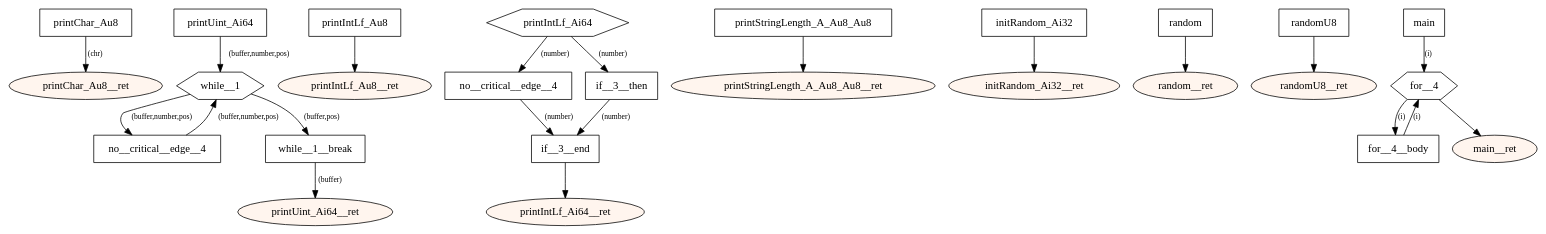
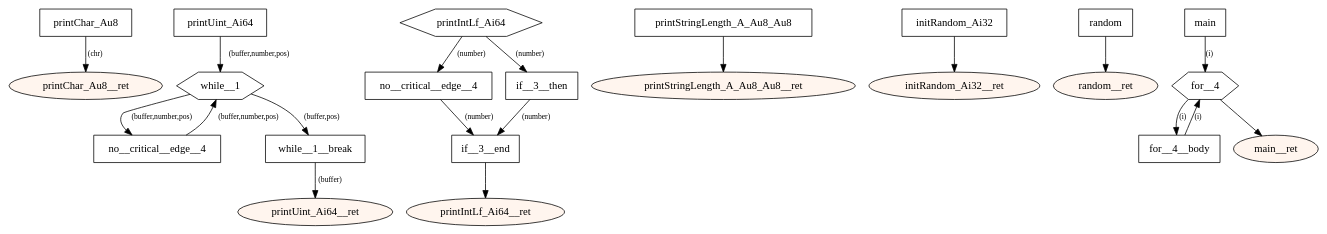
The diagram in src/main/resources-test/compiler/windows/prng.dot (tmssngr/tinyC), drawn with Graphviz before and after one commit. The commit also changed 8 other files, not shown here.

```diff
--- a/src/main/resources-test/compiler/windows/prng.dot
+++ b/src/main/resources-test/compiler/windows/prng.dot
@@ -1,67 +1,57 @@
 digraph program {
 	edge[fontsize="10pt"];
 	subgraph fn_printChar_Au8 {
 		BasicBlock_0_printChar_Au8 [label="printChar_Au8",shape=box];
 		BasicBlock_0_printChar_Au8 -> BasicBlock_0_printChar_Au8__ret [label="(chr)"];
 		BasicBlock_0_printChar_Au8__ret [label="printChar_Au8__ret",shape=oval,style=filled,fillcolor="#fff5ee"];
 	}
 	subgraph fn_printUint_Ai64 {
 		BasicBlock_1_printUint_Ai64 [label="printUint_Ai64",shape=box];
 		BasicBlock_1_printUint_Ai64 -> BasicBlock_1_while__1 [label="(buffer,number,pos)"];
 		BasicBlock_1_no__critical__edge__4 [label="no__critical__edge__4",shape=box];
 		BasicBlock_1_no__critical__edge__4 -> BasicBlock_1_while__1 [label="(buffer,number,pos)"];
 		BasicBlock_1_while__1 [label="while__1",shape=hexagon];
 		BasicBlock_1_while__1 -> BasicBlock_1_no__critical__edge__4 [label="(buffer,number,pos)"];
 		BasicBlock_1_while__1 -> BasicBlock_1_while__1__break [label="(buffer,pos)"];
 		BasicBlock_1_while__1__break [label="while__1__break",shape=box];
 		BasicBlock_1_while__1__break -> BasicBlock_1_printUint_Ai64__ret [label="(buffer)"];
 		BasicBlock_1_printUint_Ai64__ret [label="printUint_Ai64__ret",shape=oval,style=filled,fillcolor="#fff5ee"];
 	}
-	subgraph fn_printIntLf_Au8 {
-		BasicBlock_2_printIntLf_Au8 [label="printIntLf_Au8",shape=box];
-		BasicBlock_2_printIntLf_Au8 -> BasicBlock_2_printIntLf_Au8__ret;
-		BasicBlock_2_printIntLf_Au8__ret [label="printIntLf_Au8__ret",shape=oval,style=filled,fillcolor="#fff5ee"];
-	}
 	subgraph fn_printIntLf_Ai64 {
-		BasicBlock_3_printIntLf_Ai64 [label="printIntLf_Ai64",shape=hexagon];
-		BasicBlock_3_printIntLf_Ai64 -> BasicBlock_3_no__critical__edge__4 [label="(number)"];
-		BasicBlock_3_printIntLf_Ai64 -> BasicBlock_3_if__3__then [label="(number)"];
-		BasicBlock_3_no__critical__edge__4 [label="no__critical__edge__4",shape=box];
-		BasicBlock_3_no__critical__edge__4 -> BasicBlock_3_if__3__end [label="(number)"];
-		BasicBlock_3_if__3__then [label="if__3__then",shape=box];
-		BasicBlock_3_if__3__then -> BasicBlock_3_if__3__end [label="(number)"];
-		BasicBlock_3_if__3__end [label="if__3__end",shape=box];
-		BasicBlock_3_if__3__end -> BasicBlock_3_printIntLf_Ai64__ret;
-		BasicBlock_3_printIntLf_Ai64__ret [label="printIntLf_Ai64__ret",shape=oval,style=filled,fillcolor="#fff5ee"];
+		BasicBlock_2_printIntLf_Ai64 [label="printIntLf_Ai64",shape=hexagon];
+		BasicBlock_2_printIntLf_Ai64 -> BasicBlock_2_no__critical__edge__4 [label="(number)"];
+		BasicBlock_2_printIntLf_Ai64 -> BasicBlock_2_if__3__then [label="(number)"];
+		BasicBlock_2_no__critical__edge__4 [label="no__critical__edge__4",shape=box];
+		BasicBlock_2_no__critical__edge__4 -> BasicBlock_2_if__3__end [label="(number)"];
+		BasicBlock_2_if__3__then [label="if__3__then",shape=box];
+		BasicBlock_2_if__3__then -> BasicBlock_2_if__3__end [label="(number)"];
+		BasicBlock_2_if__3__end [label="if__3__end",shape=box];
+		BasicBlock_2_if__3__end -> BasicBlock_2_printIntLf_Ai64__ret;
+		BasicBlock_2_printIntLf_Ai64__ret [label="printIntLf_Ai64__ret",shape=oval,style=filled,fillcolor="#fff5ee"];
 	}
 	subgraph fn_printStringLength_A_Au8_Au8 {
-		BasicBlock_4_printStringLength_A_Au8_Au8 [label="printStringLength_A_Au8_Au8",shape=box];
-		BasicBlock_4_printStringLength_A_Au8_Au8 -> BasicBlock_4_printStringLength_A_Au8_Au8__ret;
-		BasicBlock_4_printStringLength_A_Au8_Au8__ret [label="printStringLength_A_Au8_Au8__ret",shape=oval,style=filled,fillcolor="#fff5ee"];
+		BasicBlock_3_printStringLength_A_Au8_Au8 [label="printStringLength_A_Au8_Au8",shape=box];
+		BasicBlock_3_printStringLength_A_Au8_Au8 -> BasicBlock_3_printStringLength_A_Au8_Au8__ret;
+		BasicBlock_3_printStringLength_A_Au8_Au8__ret [label="printStringLength_A_Au8_Au8__ret",shape=oval,style=filled,fillcolor="#fff5ee"];
 	}
 	subgraph fn_initRandom_Ai32 {
-		BasicBlock_5_initRandom_Ai32 [label="initRandom_Ai32",shape=box];
-		BasicBlock_5_initRandom_Ai32 -> BasicBlock_5_initRandom_Ai32__ret;
-		BasicBlock_5_initRandom_Ai32__ret [label="initRandom_Ai32__ret",shape=oval,style=filled,fillcolor="#fff5ee"];
+		BasicBlock_4_initRandom_Ai32 [label="initRandom_Ai32",shape=box];
+		BasicBlock_4_initRandom_Ai32 -> BasicBlock_4_initRandom_Ai32__ret;
+		BasicBlock_4_initRandom_Ai32__ret [label="initRandom_Ai32__ret",shape=oval,style=filled,fillcolor="#fff5ee"];
 	}
 	subgraph fn_random {
-		BasicBlock_6_random [label="random",shape=box];
-		BasicBlock_6_random -> BasicBlock_6_random__ret;
-		BasicBlock_6_random__ret [label="random__ret",shape=oval,style=filled,fillcolor="#fff5ee"];
-	}
-	subgraph fn_randomU8 {
-		BasicBlock_7_randomU8 [label="randomU8",shape=box];
-		BasicBlock_7_randomU8 -> BasicBlock_7_randomU8__ret;
-		BasicBlock_7_randomU8__ret [label="randomU8__ret",shape=oval,style=filled,fillcolor="#fff5ee"];
+		BasicBlock_5_random [label="random",shape=box];
+		BasicBlock_5_random -> BasicBlock_5_random__ret;
+		BasicBlock_5_random__ret [label="random__ret",shape=oval,style=filled,fillcolor="#fff5ee"];
 	}
 	subgraph fn_main {
-		BasicBlock_8_main [label="main",shape=box];
-		BasicBlock_8_main -> BasicBlock_8_for__4 [label="(i)"];
-		BasicBlock_8_for__4__body [label="for__4__body",shape=box];
-		BasicBlock_8_for__4__body -> BasicBlock_8_for__4 [label="(i)"];
-		BasicBlock_8_for__4 [label="for__4",shape=hexagon];
-		BasicBlock_8_for__4 -> BasicBlock_8_main__ret;
-		BasicBlock_8_for__4 -> BasicBlock_8_for__4__body [label="(i)"];
-		BasicBlock_8_main__ret [label="main__ret",shape=oval,style=filled,fillcolor="#fff5ee"];
+		BasicBlock_6_main [label="main",shape=box];
+		BasicBlock_6_main -> BasicBlock_6_for__4 [label="(i)"];
+		BasicBlock_6_for__4__body [label="for__4__body",shape=box];
+		BasicBlock_6_for__4__body -> BasicBlock_6_for__4 [label="(i)"];
+		BasicBlock_6_for__4 [label="for__4",shape=hexagon];
+		BasicBlock_6_for__4 -> BasicBlock_6_main__ret;
+		BasicBlock_6_for__4 -> BasicBlock_6_for__4__body [label="(i)"];
+		BasicBlock_6_main__ret [label="main__ret",shape=oval,style=filled,fillcolor="#fff5ee"];
 	}
 }
```
